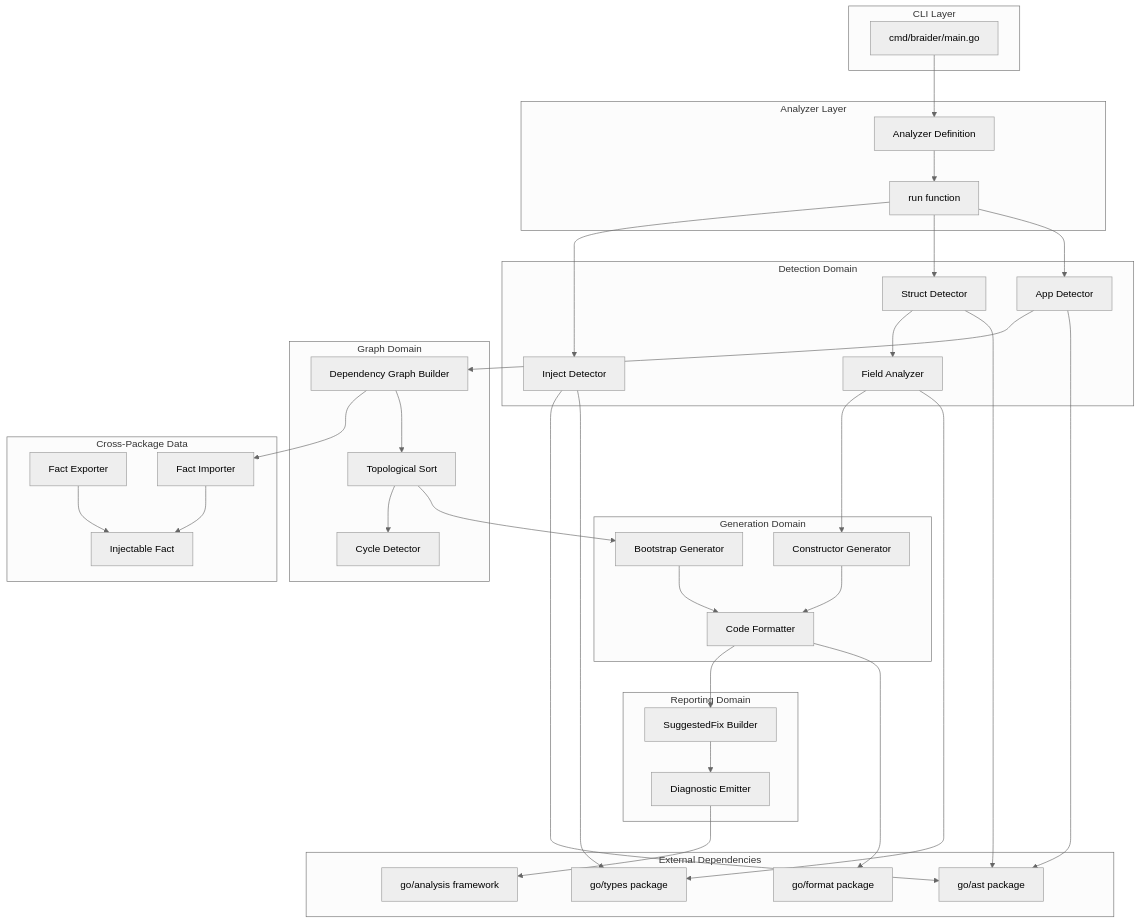
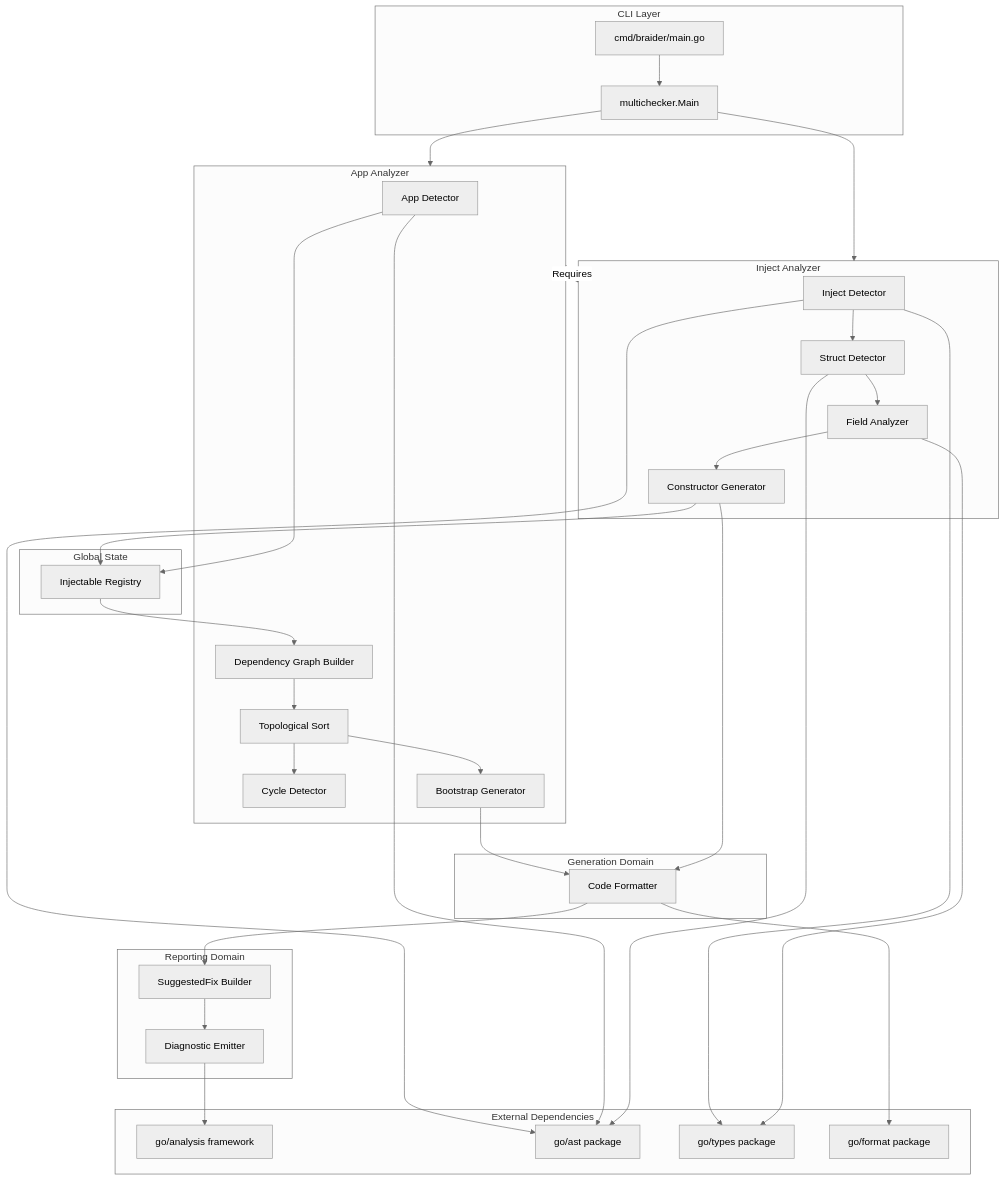
The first of 4 diagrams in .kiro/specs/bootstrap-with-app-annotation/design.md (miyamo2/braider), drawn with Mermaid (neutral theme) before and after one commit. The commit also changed other lines of this file and 1 other file, not shown here.

First line of the commit message:
docs(spec): refine design for bootstrap-with-app-annotation feature

````diff
--- a/.kiro/specs/bootstrap-with-app-annotation/design.md
+++ b/.kiro/specs/bootstrap-with-app-annotation/design.md
@@ -46,74 +88,67 @@
 ```mermaid
 graph TB
     subgraph CLI["CLI Layer"]
         Main[cmd/braider/main.go]
+        MultiChecker[multichecker.Main]
     end
 
-    subgraph Analyzer["Analyzer Layer"]
-        AnalyzerDef[Analyzer Definition]
-        RunFunc[run function]
-    end
-
-    subgraph Detection["Detection Domain"]
+    subgraph InjectAnalyzer["Inject Analyzer"]
         InjectDetector[Inject Detector]
         StructDetector[Struct Detector]
         FieldAnalyzer[Field Analyzer]
-        AppDetector[App Detector]
+        ConstructorGen[Constructor Generator]
     end
 
-    subgraph Graph["Graph Domain"]
+    subgraph AppAnalyzer["App Analyzer"]
+        AppDetector[App Detector]
         DependencyGraph[Dependency Graph Builder]
         TopologicalSort[Topological Sort]
         CycleDetector[Cycle Detector]
+        BootstrapGen[Bootstrap Generator]
+    end
+
+    subgraph Registry["Global State"]
+        InjectableRegistry[Injectable Registry]
     end
 
     subgraph Generation["Generation Domain"]
-        ConstructorGen[Constructor Generator]
-        BootstrapGen[Bootstrap Generator]
         CodeFormatter[Code Formatter]
     end
 
     subgraph Reporting["Reporting Domain"]
         DiagnosticEmitter[Diagnostic Emitter]
         SuggestedFixBuilder[SuggestedFix Builder]
-    end
-
-    subgraph Facts["Cross-Package Data"]
-        InjectableFact[Injectable Fact]
-        FactExporter[Fact Exporter]
-        FactImporter[Fact Importer]
     end
 
     subgraph External["External Dependencies"]
         GoAnalysis[go/analysis framework]
         GoAST[go/ast package]
         GoTypes[go/types package]
         GoFormat[go/format package]
     end
 
-    Main --> AnalyzerDef
-    AnalyzerDef --> RunFunc
-    RunFunc --> InjectDetector
-    RunFunc --> StructDetector
-    RunFunc --> AppDetector
+    Main --> MultiChecker
+    MultiChecker --> InjectAnalyzer
+    MultiChecker --> AppAnalyzer
+    AppAnalyzer -.->|Requires| InjectAnalyzer
+    InjectDetector --> StructDetector
     StructDetector --> FieldAnalyzer
     FieldAnalyzer --> ConstructorGen
-    AppDetector --> DependencyGraph
-    DependencyGraph --> FactImporter
-    FactImporter --> InjectableFact
-    FactExporter --> InjectableFact
+    ConstructorGen --> InjectableRegistry
+    AppDetector --> InjectableRegistry
+    InjectableRegistry --> DependencyGraph
     DependencyGraph --> TopologicalSort
     TopologicalSort --> CycleDetector
     TopologicalSort --> BootstrapGen
     BootstrapGen --> CodeFormatter
     ConstructorGen --> CodeFormatter
     CodeFormatter --> SuggestedFixBuilder
     SuggestedFixBuilder --> DiagnosticEmitter
     DiagnosticEmitter --> GoAnalysis
     InjectDetector --> GoAST
     InjectDetector --> GoTypes
     AppDetector --> GoAST
     StructDetector --> GoAST
     FieldAnalyzer --> GoTypes
     CodeFormatter --> GoFormat
 ```
````
